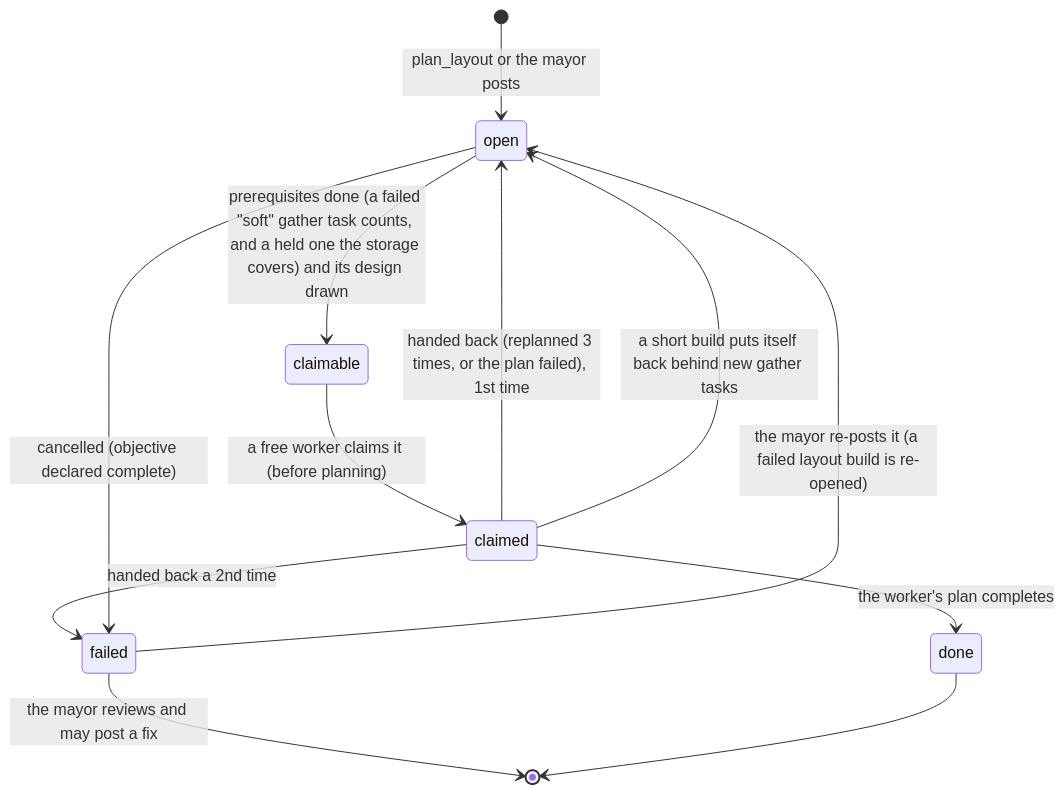
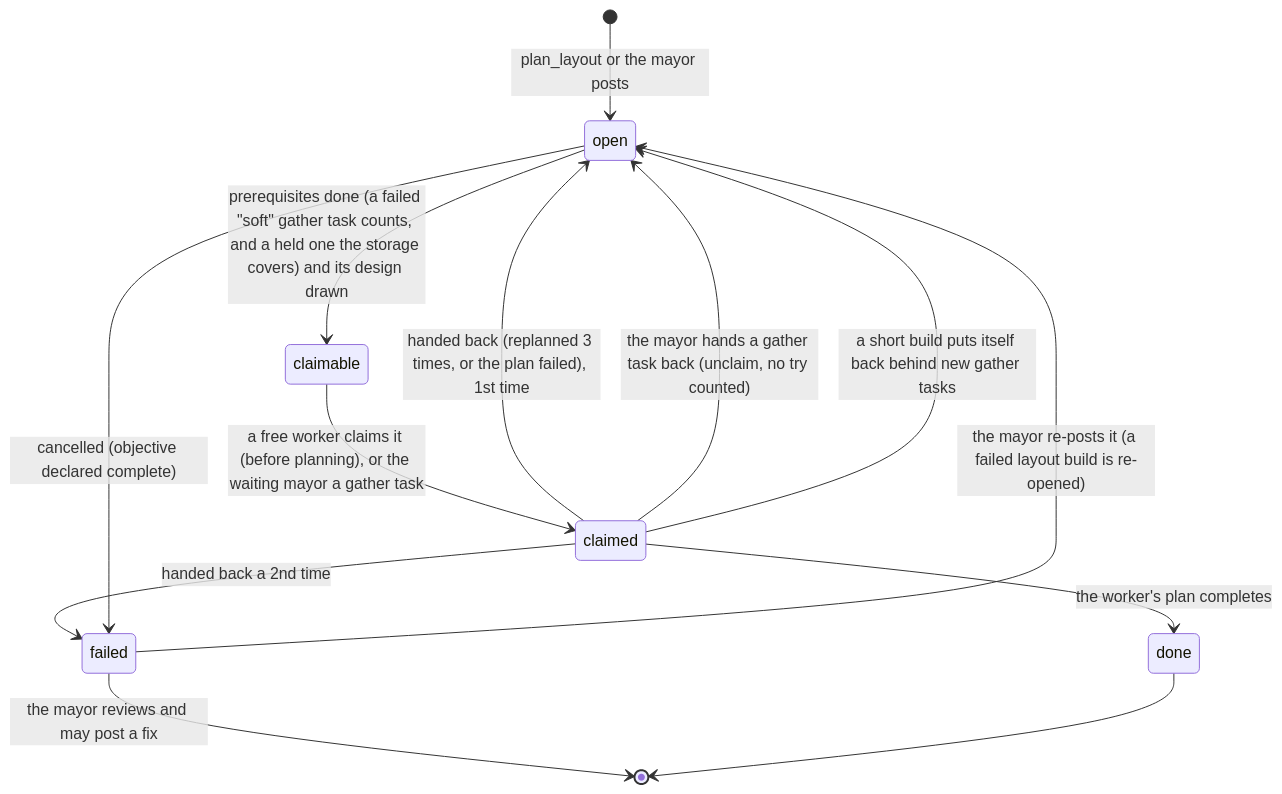
Before and after one commit to delphium226/MCAISandbox: the eighth of 16 diagrams in docs/ARCHITECTURE.md, drawn with Mermaid. The commit also changed other lines of this file and 2 other files, not shown here.

First line of the commit message:
V2.3m docs and run record: README, ARCHITECTURE, PLAN

````diff
--- a/docs/ARCHITECTURE.md
+++ b/docs/ARCHITECTURE.md
@@ -425,14 +438,15 @@
 ```mermaid
 stateDiagram-v2
   [*] --> open: plan_layout or the mayor posts
   open --> claimable: prerequisites done (a failed "soft" gather task counts, and a held one the storage covers) and its design drawn
-  claimable --> claimed: a free worker claims it (before planning)
+  claimable --> claimed: a free worker claims it (before planning), or the waiting mayor a gather task
   claimed --> done: the worker's plan completes
   claimed --> open: handed back (replanned 3 times, or the plan failed), 1st time
+  claimed --> open: the mayor hands a gather task back (unclaim, no try counted)
   claimed --> failed: handed back a 2nd time
   open --> failed: cancelled (objective declared complete)
   failed --> open: the mayor re-posts it (a failed layout build is re-opened)
   failed --> [*]: the mayor reviews and may post a fix
   claimed --> open: a short build puts itself back behind new gather tasks
   done --> [*]
 ```
````
